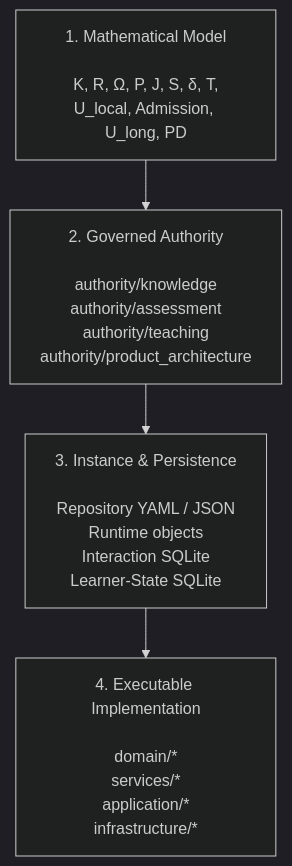
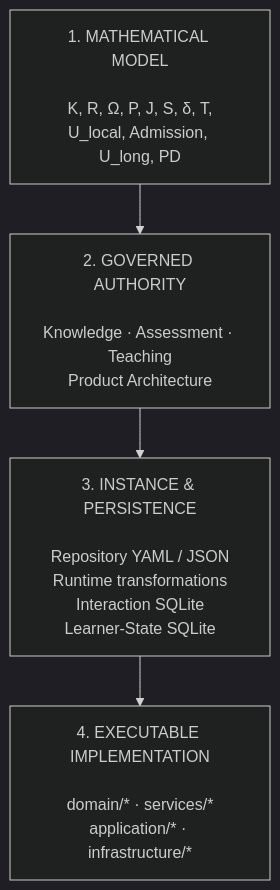
Before and after one commit to thatao72/three-twin-docs: the sixth of 6 diagrams in content/architecture.md, drawn with Mermaid (dark theme). The commit also changed other lines of this file, not shown here.

Commit message:
Update architecture control and graph representation

````diff
--- a/content/architecture.md
+++ b/content/architecture.md
@@ -358,15 +454,15 @@
 ```mermaid
 flowchart TB
 
-    M["1. Mathematical Model<br/><br/>K, R, Ω, P, J, S, δ, T,<br/>U_local, Admission, U_long, PD"]
+    M["1. MATHEMATICAL MODEL<br/><br/>K, R, Ω, P, J, S, δ, T,<br/>U_local, Admission, U_long, PD"]
 
-    A["2. Governed Authority<br/><br/>authority/knowledge<br/>authority/assessment<br/>authority/teaching<br/>authority/product_architecture"]
+    A["2. GOVERNED AUTHORITY<br/><br/>Knowledge · Assessment · Teaching<br/>Product Architecture"]
 
-    I["3. Instance & Persistence<br/><br/>Repository YAML / JSON<br/>Runtime objects<br/>Interaction SQLite<br/>Learner-State SQLite"]
+    I["3. INSTANCE & PERSISTENCE<br/><br/>Repository YAML / JSON<br/>Runtime transformations<br/>Interaction SQLite<br/>Learner-State SQLite"]
 
-    C["4. Executable Implementation<br/><br/>domain/*<br/>services/*<br/>application/*<br/>infrastructure/*"]
+    C["4. EXECUTABLE IMPLEMENTATION<br/><br/>domain/* · services/*<br/>application/* · infrastructure/*"]
 
     M --> A
     A --> I
     I --> C
 ```
````
